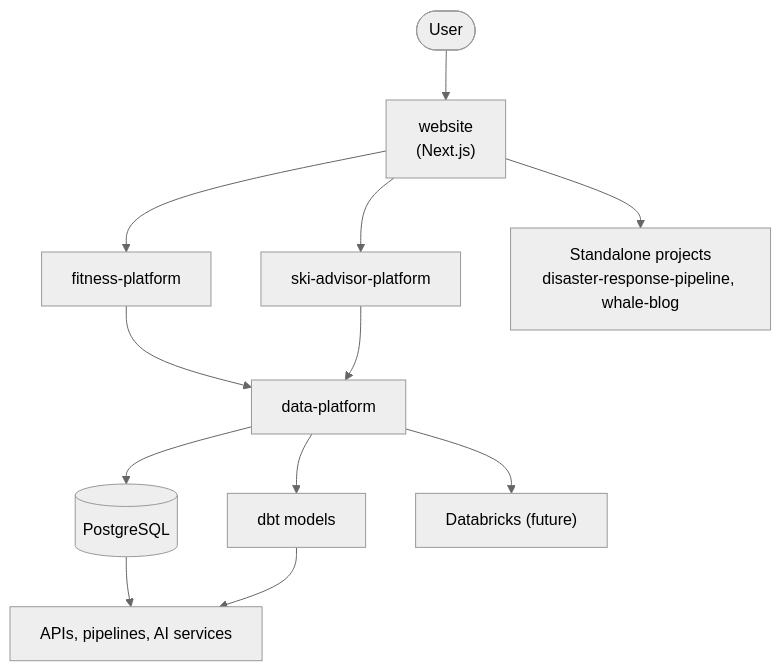
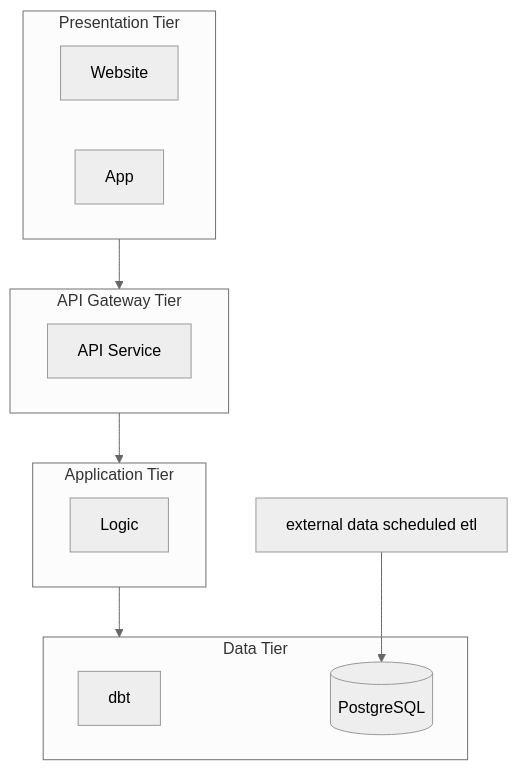
One commit to wm6000/website changed the diagram in docs/diagrams/system.md. Above: the diagram before and after it, drawn with Mermaid (neutral theme). The commit also changed 4 other files, not shown here.

First line of the commit message:
docs: move to a four-tier architecture with a shared api-gateway repo (#33)

````diff
--- a/docs/diagrams/system.md
+++ b/docs/diagrams/system.md
@@ -5,19 +5,24 @@
 ```mermaid
-flowchart TD
-    User(["User"])
-    User --> Website["website<br/>(Next.js)"]
-
-    Website --> Fitness["fitness-platform"]
-    Website --> Ski["ski-advisor-platform"]
-    Website --> Projects["Standalone projects<br/>disaster-response-pipeline, whale-blog"]
-
-    Fitness --> DataPlatform["data-platform"]
-    Ski --> DataPlatform
-
-    DataPlatform --> Postgres[("PostgreSQL")]
-    DataPlatform --> Dbt["dbt models"]
-    DataPlatform --> Databricks["Databricks (future)"]
-
-    Postgres --> Services["APIs, pipelines, AI services"]
-    Dbt --> Services
+---
+id: 9860b5e8-37de-4822-b15d-1789ced92d98
+---
+flowchart TB
+ subgraph s1["Presentation Tier"]
+        n1["Website"]
+        App["App"]
+  end
+ subgraph s2["API Gateway Tier"]
+        n2["API Service"]
+  end
+ subgraph s3["Application Tier"]
+        n3["Logic"]
+  end
+ subgraph s4["Data Tier"]
+        n4["dbt"]
+        Postgres[("PostgreSQL")]
+  end
+    s1 --> s2
+    s2 --> s3
+    s3 --> s4
+    n5["external data scheduled etl"] --> Postgres
 ```
````
